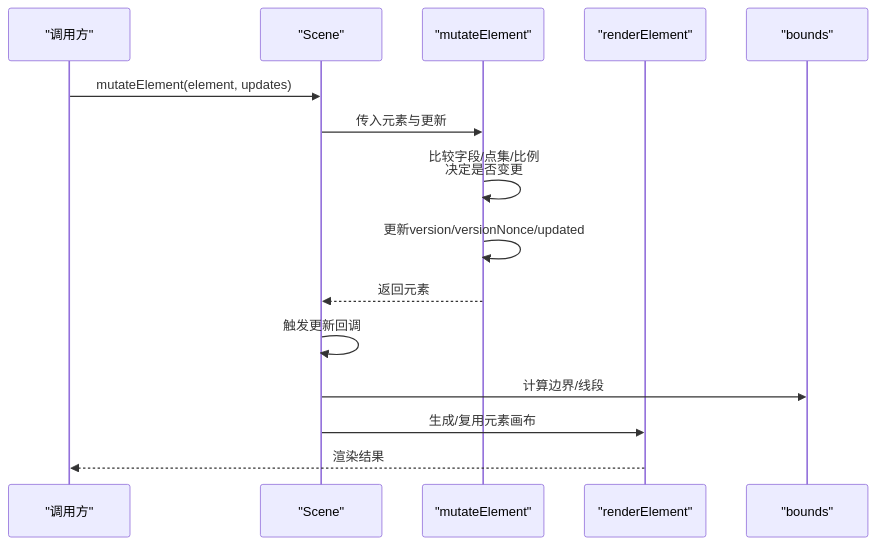
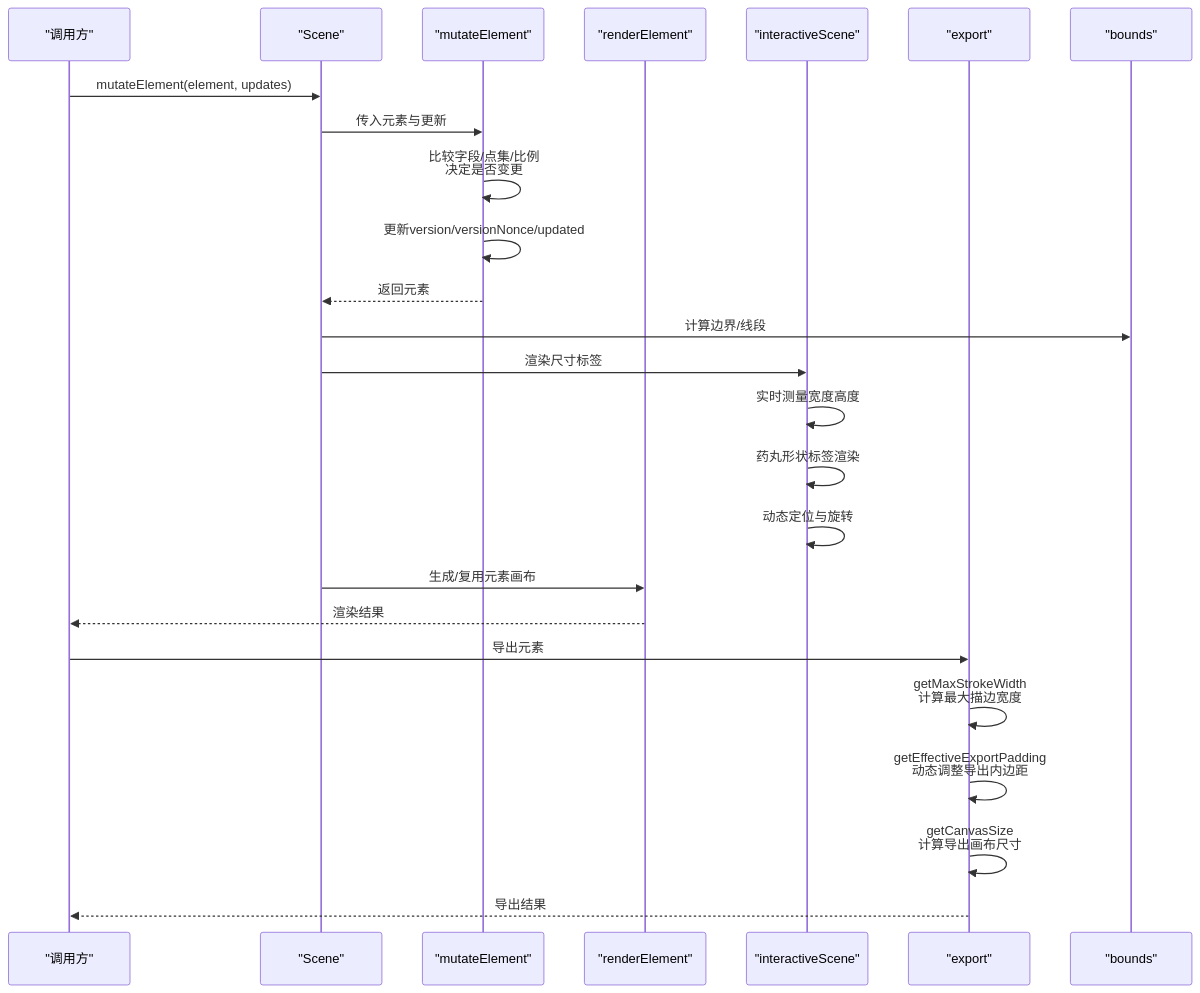
One commit to Az-qianchen/Excalidraw changed the second of 10 diagrams in .qoder/repowiki/zh/content/元素系统/元素系统.md. Above: the diagram before and after it, drawn with Mermaid. The commit also changed other lines of this file and 61 other files, not shown here.

````diff
--- a/.qoder/repowiki/zh/content/元素系统/元素系统.md
+++ b/.qoder/repowiki/zh/content/元素系统/元素系统.md
@@ -132,17 +165,27 @@
 ```mermaid
 sequenceDiagram
 participant U as "调用方"
 participant S as "Scene"
 participant M as "mutateElement"
 participant R as "renderElement"
+participant IS as "interactiveScene"
+participant E as "export"
 participant B as "bounds"
 U->>S : mutateElement(element, updates)
 S->>M : 传入元素与更新
 M->>M : 比较字段/点集/比例<br/>决定是否变更
 M->>M : 更新version/versionNonce/updated
 M-->>S : 返回元素
-S->>S : 触发更新回调
 S->>B : 计算边界/线段
+S->>IS : 渲染尺寸标签
+IS->>IS : 实时测量宽度高度
+IS->>IS : 药丸形状标签渲染
+IS->>IS : 动态定位与旋转
 S->>R : 生成/复用元素画布
 R-->>U : 渲染结果
+U->>E : 导出元素
+E->>E : getMaxStrokeWidth<br/>计算最大描边宽度
+E->>E : getEffectiveExportPadding<br/>动态调整导出内边距
+E->>E : getCanvasSize<br/>计算导出画布尺寸
+E-->>U : 导出结果
 ```
````
